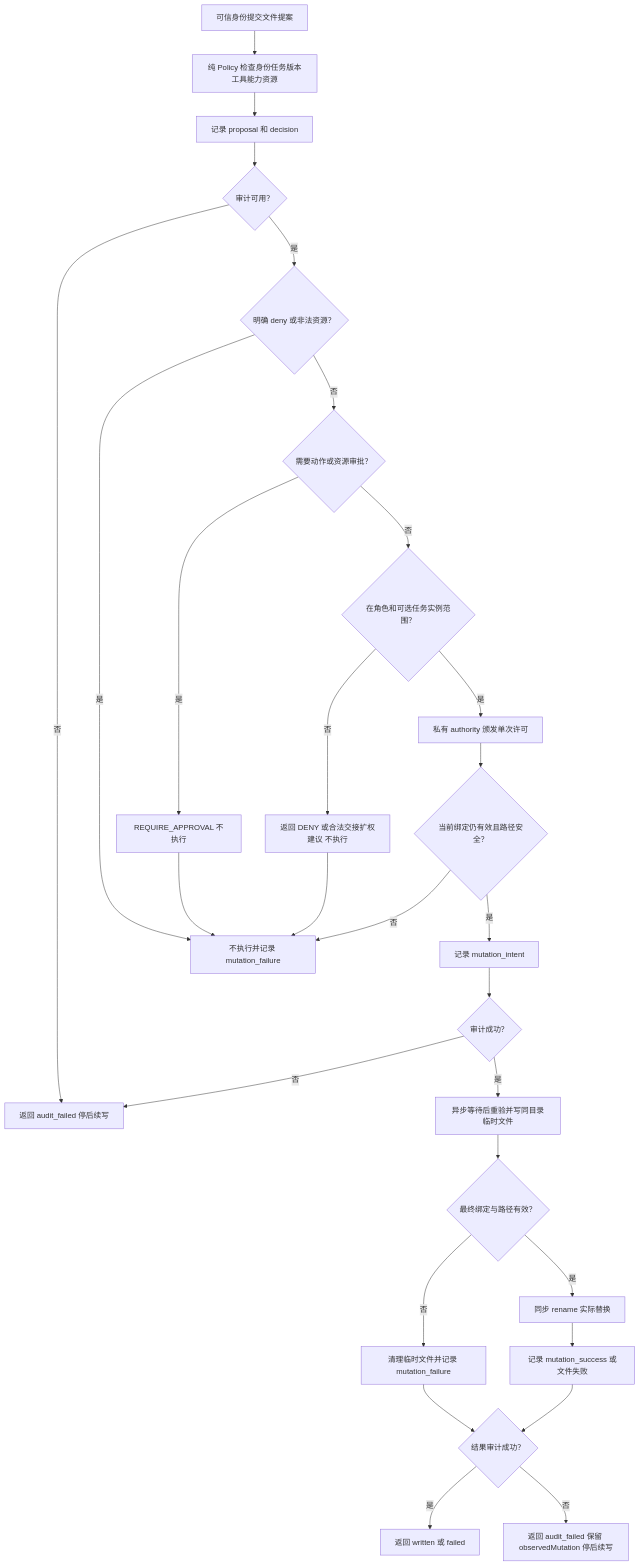
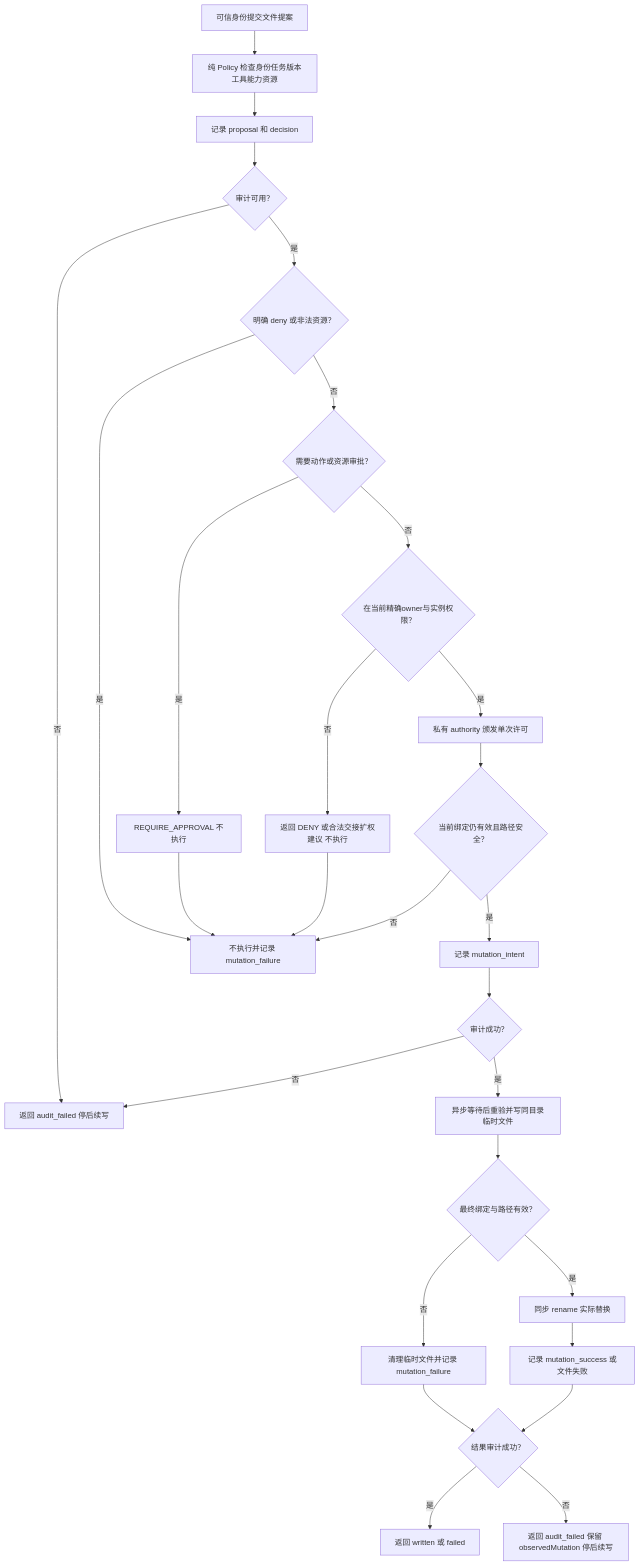
Before and after one commit to wangzhongren/ans-legion: the fourth of 5 diagrams in docs/roles/KernelEngineer/docs/feature/permission.md, drawn with Mermaid. The commit also changed other lines of this file and 400 other files, not shown here.

````diff
--- a/docs/roles/KernelEngineer/docs/feature/permission.md
+++ b/docs/roles/KernelEngineer/docs/feature/permission.md
@@ -36,30 +73,30 @@
 ```mermaid
 flowchart TD
     input[可信身份提交文件提案] --> policy[纯 Policy 检查身份任务版本工具能力资源]
     policy --> audit[记录 proposal 和 decision]
     audit --> auditok{审计可用？}
     auditok -->|否| blocked[返回 audit_failed 停后续写]
     auditok -->|是| deny{明确 deny 或非法资源？}
     deny -->|是| no[不执行并记录 mutation_failure]
     deny -->|否| approval{需要动作或资源审批？}
     approval -->|是| wait[REQUIRE_APPROVAL 不执行]
-    approval -->|否| scope{在角色和可选任务实例范围？}
+    approval -->|否| scope{在当前精确owner与实例权限？}
     scope -->|否| branch[返回 DENY 或合法交接扩权建议 不执行]
     scope -->|是| permit[私有 authority 颁发单次许可]
     permit --> gate{当前绑定仍有效且路径安全？}
     gate -->|否| no
     gate -->|是| intent[记录 mutation_intent]
     intent --> intentok{审计成功？}
     intentok -->|否| blocked
     intentok -->|是| recheck[异步等待后重验并写同目录临时文件]
     recheck --> commit{最终绑定与路径有效？}
     commit -->|否| failure[清理临时文件并记录 mutation_failure]
     commit -->|是| replace[同步 rename 实际替换]
     replace --> result[记录 mutation_success 或文件失败]
     result --> resultok{结果审计成功？}
     resultok -->|是| done[返回 written 或 failed]
     resultok -->|否| observed[返回 audit_failed 保留 observedMutation 停后续写]
     failure --> resultok
     wait --> no
     branch --> no
 ```
````
